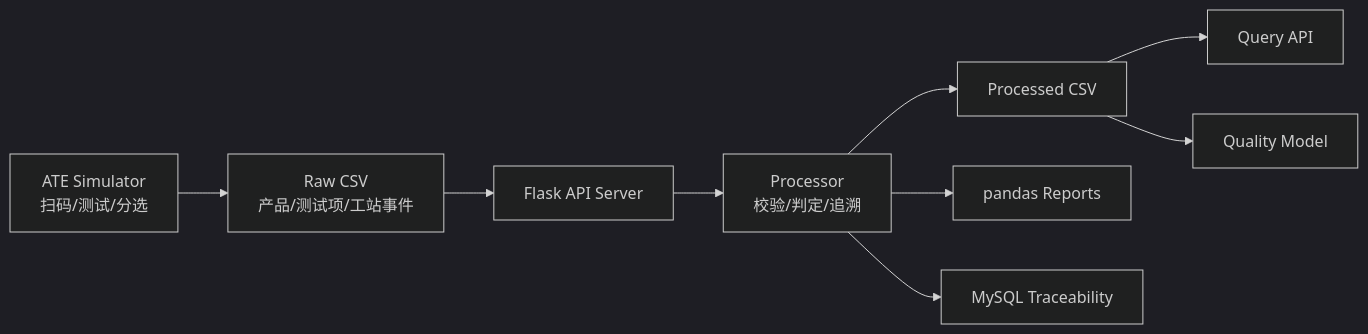
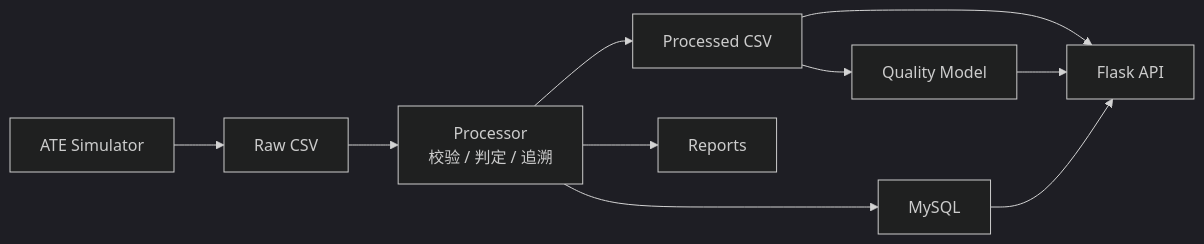
One commit to E1nesta/adapter-ate-quality-platform changed the diagram in README.md. Above: the diagram before and after it, drawn with Mermaid (dark theme). The commit also changed other lines of this file, not shown here.

````diff
--- a/README.md
+++ b/README.md
@@ -19,11 +19,12 @@
 ```mermaid
 flowchart LR
-    A["ATE Simulator<br/>扫码/测试/分选"] --> B["Raw CSV<br/>产品/测试项/工站事件"]
-    B --> C["Flask API Server"]
-    C --> D["Processor<br/>校验/判定/追溯"]
-    D --> E["Processed CSV"]
-    D --> F["pandas Reports"]
-    D --> G["MySQL Traceability"]
-    E --> H["Query API"]
-    E --> I["Quality Model"]
+    A["ATE Simulator"] --> B["Raw CSV"]
+    B --> C["Processor<br/>校验 / 判定 / 追溯"]
+    C --> D["Processed CSV"]
+    C --> E["Reports"]
+    C --> F["MySQL"]
+    D --> G["Flask API"]
+    F --> G
+    D --> H["Quality Model"]
+    H --> G
 ```
````
